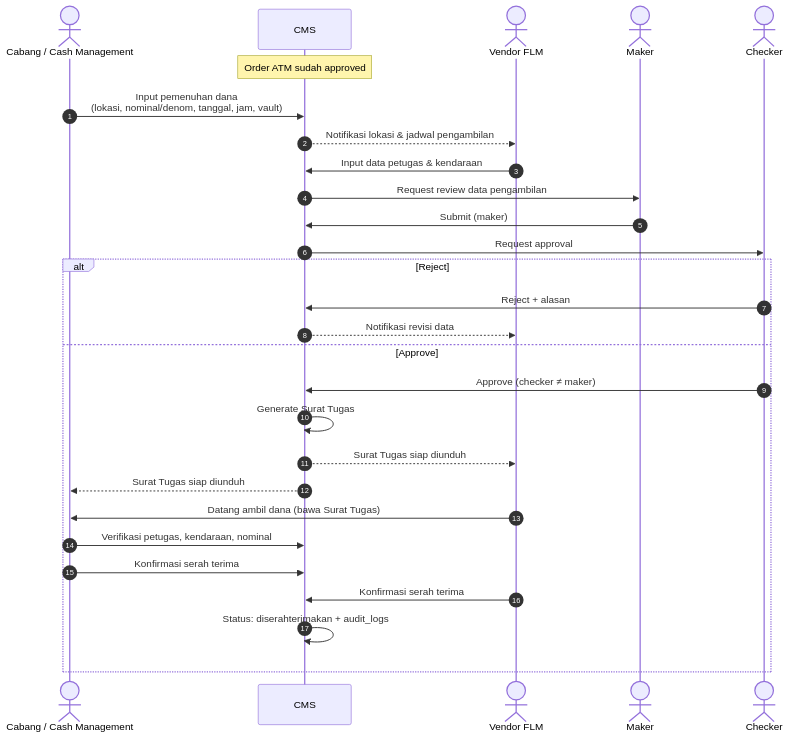
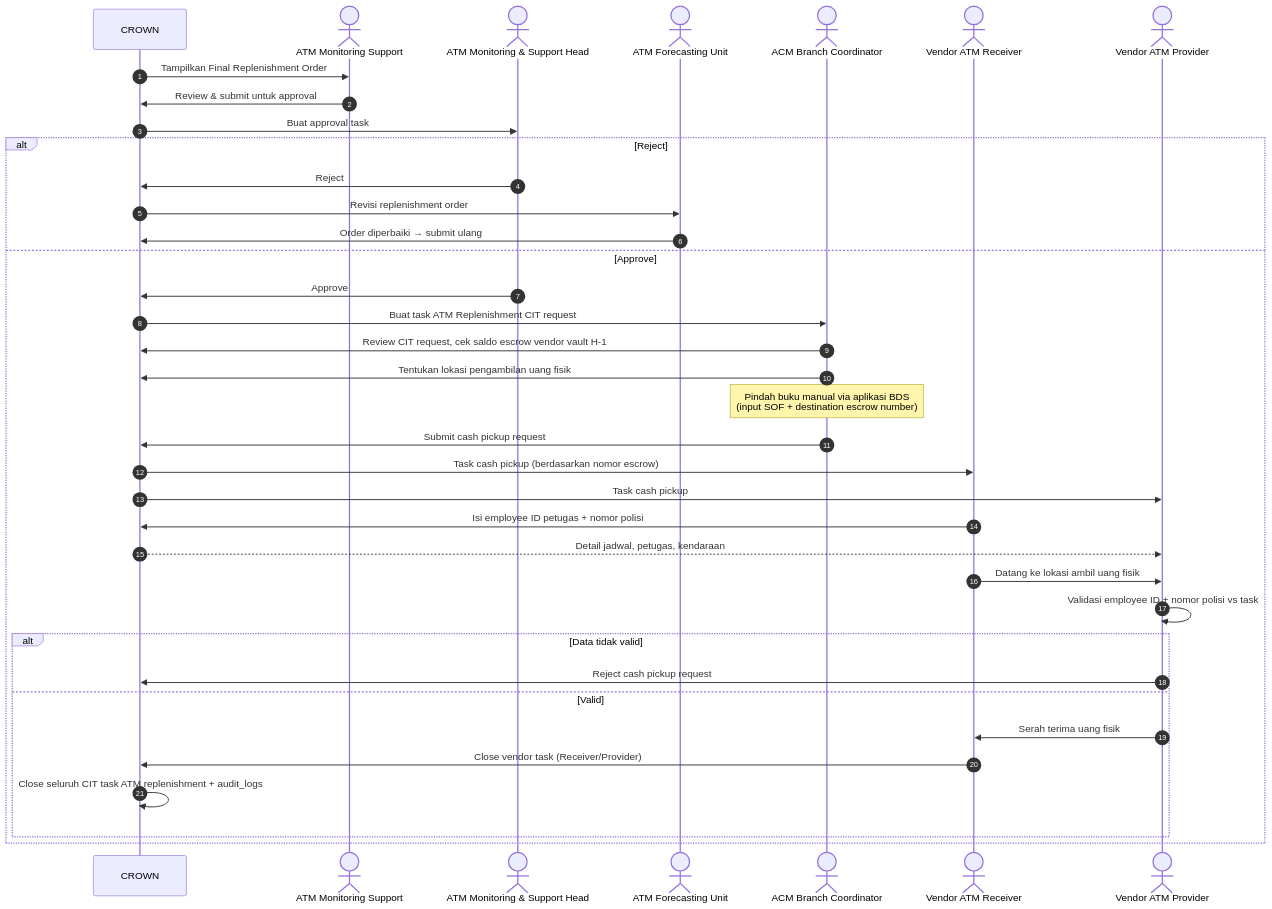
The diagram in .claude/feature-flows/04-pemenuhan-pengambilan-dana/feature-flow.md (sanjayayudha18/project_cms), drawn with Mermaid before and after one commit. The commit also changed other lines of this file and 209 other files, not shown here.

````diff
--- a/.claude/feature-flows/04-pemenuhan-pengambilan-dana/feature-flow.md
+++ b/.claude/feature-flows/04-pemenuhan-pengambilan-dana/feature-flow.md
@@ -12,31 +13,40 @@
 ```mermaid
 sequenceDiagram
     autonumber
-    actor CM as Cabang / Cash Management
-    participant SYS as CMS
-    actor FLM as Vendor FLM
-    actor MK as Maker
-    actor CK as Checker
+    participant SYS as CROWN
+    actor MS as ATM Monitoring Support
+    actor MSH as ATM Monitoring & Support Head
+    actor FU as ATM Forecasting Unit
+    actor ACM as ACM Branch Coordinator
+    actor RCV as Vendor ATM Receiver
+    actor PRV as Vendor ATM Provider
 
-    Note over SYS: Order ATM sudah approved
-    CM->>SYS: Input pemenuhan dana<br/>(lokasi, nominal/denom, tanggal, jam, vault)
-    SYS-->>FLM: Notifikasi lokasi & jadwal pengambilan
-    FLM->>SYS: Input data petugas & kendaraan
-    SYS->>MK: Request review data pengambilan
-    MK->>SYS: Submit (maker)
-    SYS->>CK: Request approval
+    SYS->>MS: Tampilkan Final Replenishment Order
+    MS->>SYS: Review & submit untuk approval
+    SYS->>MSH: Buat approval task
     alt Reject
-        CK->>SYS: Reject + alasan
-        SYS-->>FLM: Notifikasi revisi data
+        MSH->>SYS: Reject
+        SYS->>FU: Revisi replenishment order
+        FU->>SYS: Order diperbaiki → submit ulang
     else Approve
-        CK->>SYS: Approve (checker ≠ maker)
-        SYS->>SYS: Generate Surat Tugas
-        SYS-->>FLM: Surat Tugas siap diunduh
-        SYS-->>CM: Surat Tugas siap diunduh
-        FLM->>CM: Datang ambil dana (bawa Surat Tugas)
-        CM->>SYS: Verifikasi petugas, kendaraan, nominal
-        CM->>SYS: Konfirmasi serah terima
-        FLM->>SYS: Konfirmasi serah terima
-        SYS->>SYS: Status: diserahterimakan + audit_logs
+        MSH->>SYS: Approve
+        SYS->>ACM: Buat task ATM Replenishment CIT request
+        ACM->>SYS: Review CIT request, cek saldo escrow vendor vault H-1
+        ACM->>SYS: Tentukan lokasi pengambilan uang fisik
+        Note over ACM: Pindah buku manual via aplikasi BDS<br/>(input SOF + destination escrow number)
+        ACM->>SYS: Submit cash pickup request
+        SYS->>RCV: Task cash pickup (berdasarkan nomor escrow)
+        SYS->>PRV: Task cash pickup
+        RCV->>SYS: Isi employee ID petugas + nomor polisi
+        SYS-->>PRV: Detail jadwal, petugas, kendaraan
+        RCV->>PRV: Datang ke lokasi ambil uang fisik
+        PRV->>PRV: Validasi employee ID + nomor polisi vs task
+        alt Data tidak valid
+            PRV->>SYS: Reject cash pickup request
+        else Valid
+            PRV->>RCV: Serah terima uang fisik
+            RCV->>SYS: Close vendor task (Receiver/Provider)
+            SYS->>SYS: Close seluruh CIT task ATM replenishment + audit_logs
+        end
     end
 ```
````
